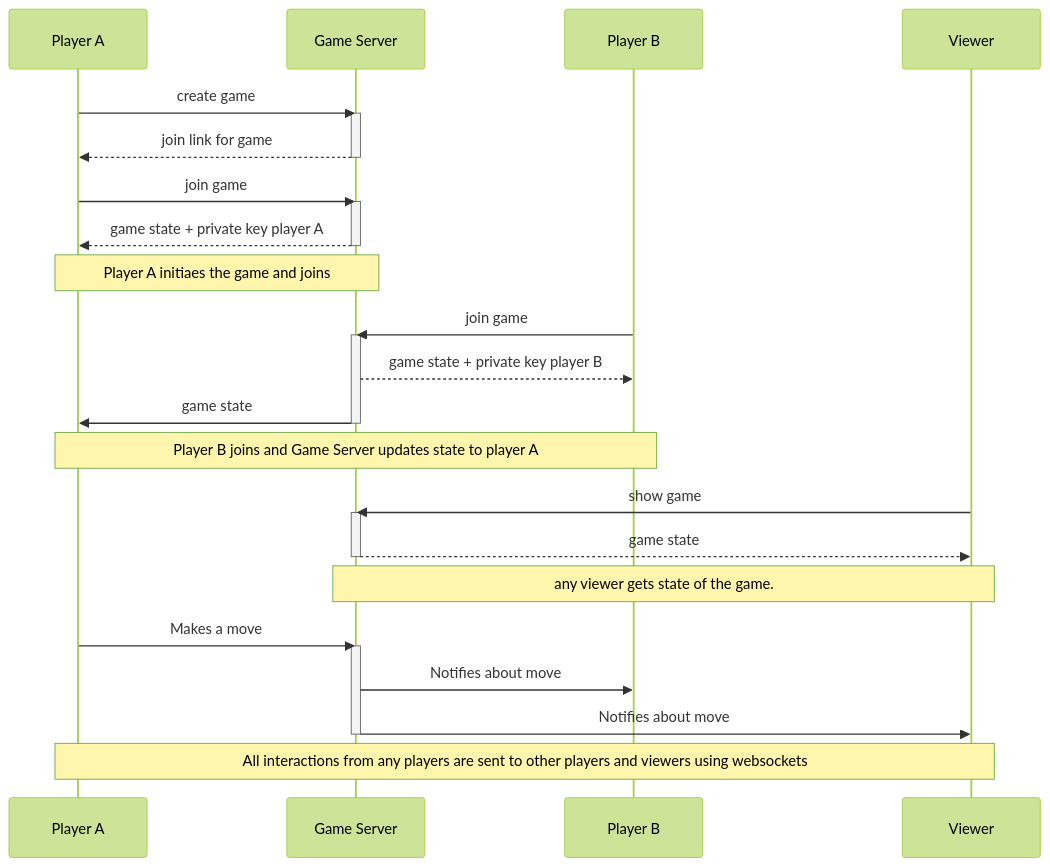
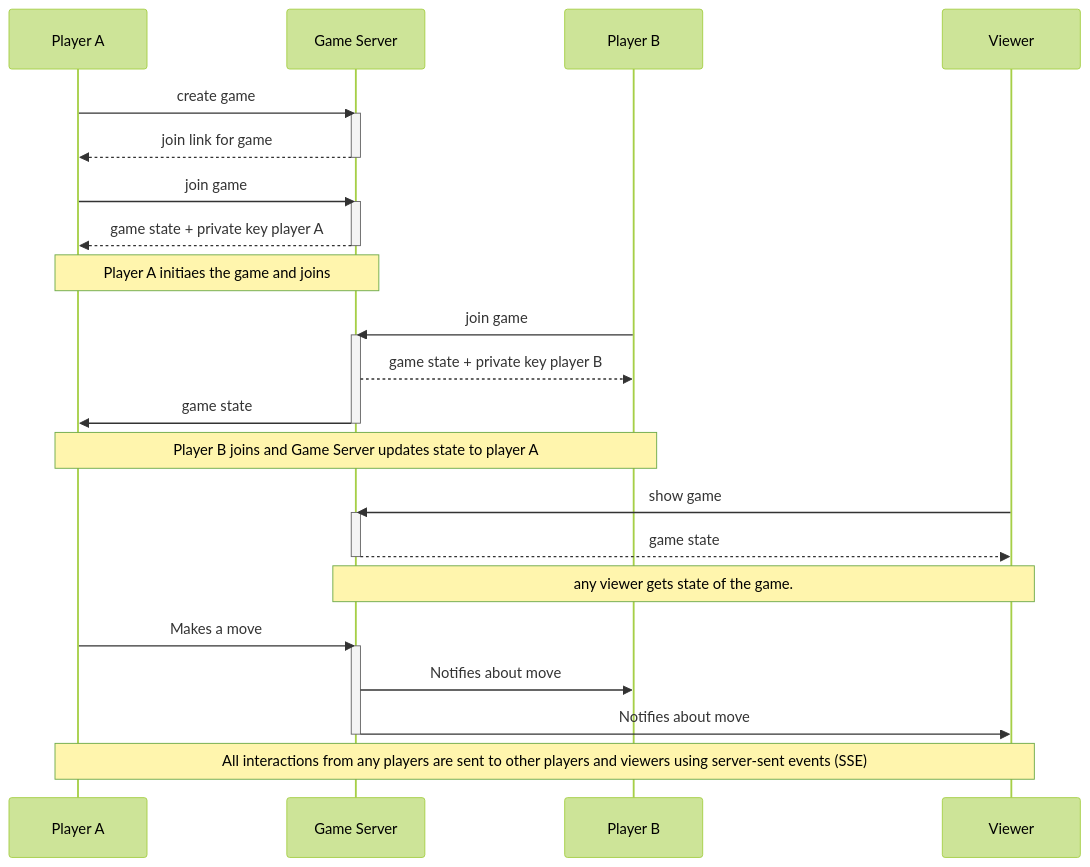
One commit to srcolinas/teyuna changed the first of 2 diagrams in ARCHITECTURE.md. Above: the diagram before and after it, drawn with Mermaid (forest theme). The commit also changed 93 other files, not shown here.

````diff
--- a/ARCHITECTURE.md
+++ b/ARCHITECTURE.md
@@ -5,29 +5,29 @@
 ```mermaid
 sequenceDiagram    
     Player A->>Game Server: create game
     activate Game Server
     Game Server-->>Player A: join link for game
     deactivate Game Server
     Player A->>Game Server: join game 
     activate Game Server
     Game Server-->>Player A: game state + private key player A
     deactivate Game Server
     Note over Player A,Game Server: Player A initiaes the game and joins
     Player B->>Game Server: join game
     activate Game Server
     Game Server-->>Player B: game state + private key player B
     Game Server->>Player A: game state
     deactivate Game Server
     Note over Player B,Player A: Player B joins and Game Server updates state to player A
     Viewer->>Game Server: show game
     activate Game Server
     Game Server-->>Viewer: game state
     deactivate Game Server
     Note over Viewer, Game Server: any viewer gets state of the game.
     Player A->>Game Server: Makes a move
     activate Game Server
     Game Server->>Player B: Notifies about move
     Game Server->>Viewer: Notifies about move
     deactivate Game Server
-    Note over Player A, Viewer: All interactions from any players are sent to other players and viewers using websockets
+    Note over Player A, Viewer: All interactions from any players are sent to other players and viewers using server-sent events (SSE)
 ```
````
